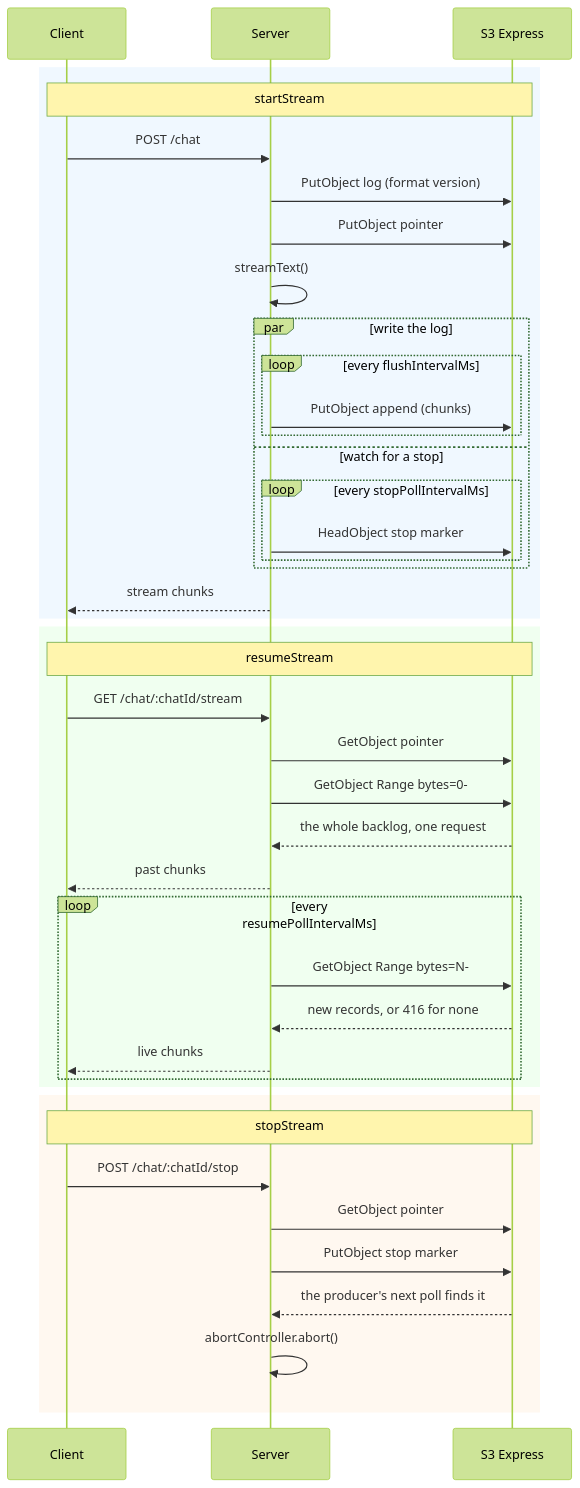
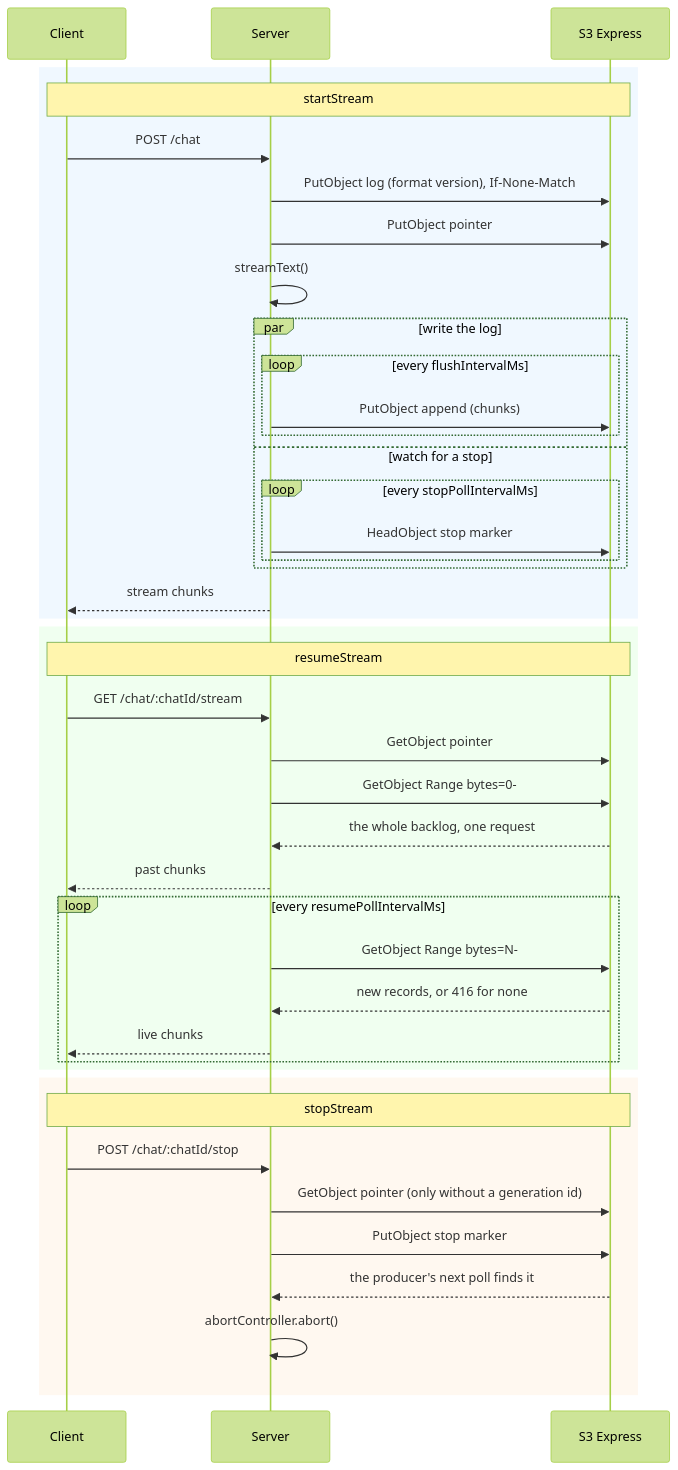
One commit to zirkelc/ai-resumable-stream changed the second of 2 diagrams in README.md. Above: the diagram before and after it, drawn with Mermaid (forest theme). The commit also changed other lines of this file and 14 other files, not shown here.

````diff
--- a/README.md
+++ b/README.md
@@ -313,47 +391,47 @@
 ```mermaid
 sequenceDiagram
     participant Client
     participant Server
     participant S3 as S3 Express
 
     rect rgb(240, 248, 255)
         Note over Client,S3: startStream
         Client->>Server: POST /chat
-        Server->>S3: PutObject log (format version)
+        Server->>S3: PutObject log (format version), If-None-Match
         Server->>S3: PutObject pointer
         Server->>Server: streamText()
         par write the log
             loop every flushIntervalMs
                 Server->>S3: PutObject append (chunks)
             end
         and watch for a stop
             loop every stopPollIntervalMs
                 Server->>S3: HeadObject stop marker
             end
         end
         Server-->>Client: stream chunks
     end
 
     rect rgb(240, 255, 240)
         Note over Client,S3: resumeStream
         Client->>Server: GET /chat/:chatId/stream
         Server->>S3: GetObject pointer
         Server->>S3: GetObject Range bytes=0-
         S3-->>Server: the whole backlog, one request
         Server-->>Client: past chunks
         loop every resumePollIntervalMs
             Server->>S3: GetObject Range bytes=N-
             S3-->>Server: new records, or 416 for none
             Server-->>Client: live chunks
         end
     end
 
     rect rgb(255, 248, 240)
         Note over Client,S3: stopStream
         Client->>Server: POST /chat/:chatId/stop
-        Server->>S3: GetObject pointer
+        Server->>S3: GetObject pointer (only without a generation id)
         Server->>S3: PutObject stop marker
         S3-->>Server: the producer's next poll finds it
         Server->>Server: abortController.abort()
     end
 ```
````
